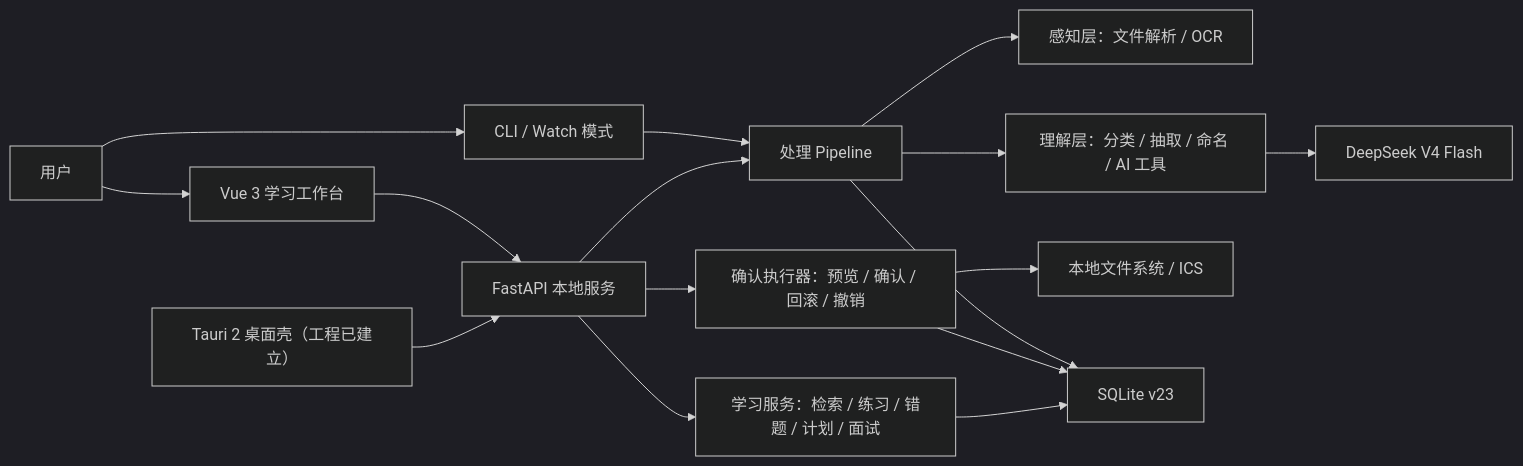
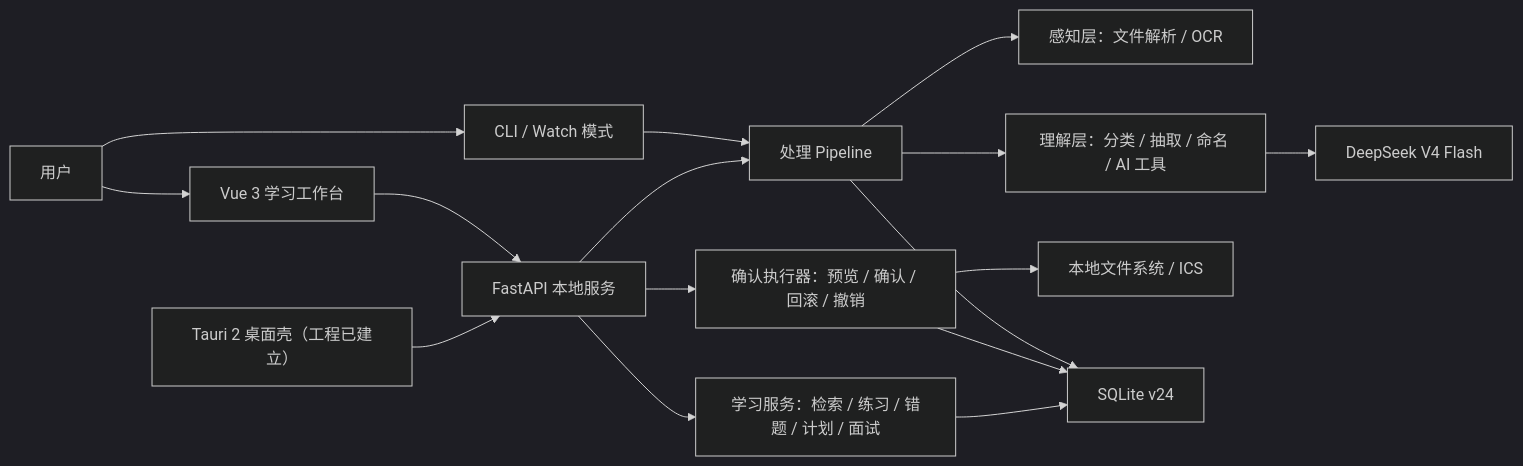
Before and after one commit to cooooooosdas/Filemate: the diagram in README.md, drawn with Mermaid (dark theme). The commit also changed other lines of this file and 29 other files, not shown here.

````diff
--- a/README.md
+++ b/README.md
@@ -154,18 +155,18 @@
 ```mermaid
 flowchart LR
     U["用户"] --> V["Vue 3 学习工作台"]
     U --> C["CLI / Watch 模式"]
     V --> A["FastAPI 本地服务"]
     T["Tauri 2 桌面壳（工程已建立）"] --> A
     C --> P["处理 Pipeline"]
     A --> P
     P --> R["感知层：文件解析 / OCR"]
     P --> N["理解层：分类 / 抽取 / 命名 / AI 工具"]
     N --> L["DeepSeek V4 Flash"]
     A --> E["确认执行器：预览 / 确认 / 回滚 / 撤销"]
     A --> K["学习服务：检索 / 练习 / 错题 / 计划 / 面试"]
     E --> F["本地文件系统 / ICS"]
-    P --> S["SQLite v23"]
+    P --> S["SQLite v24"]
     E --> S
     K --> S
 ```
````
